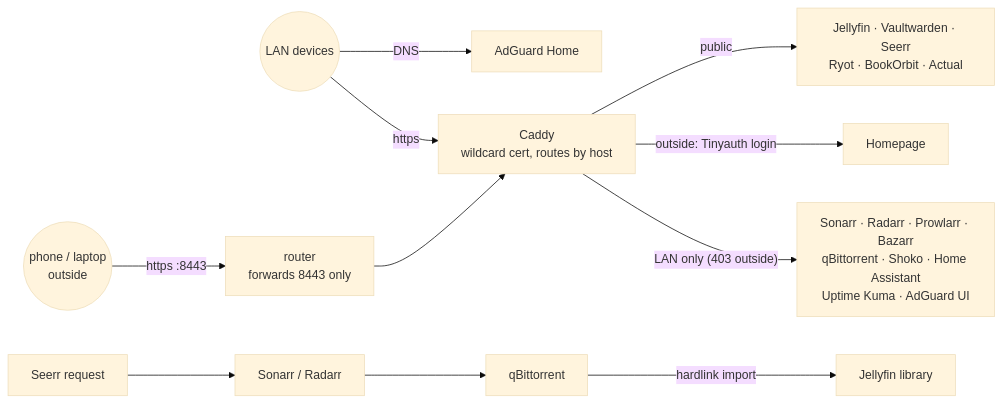
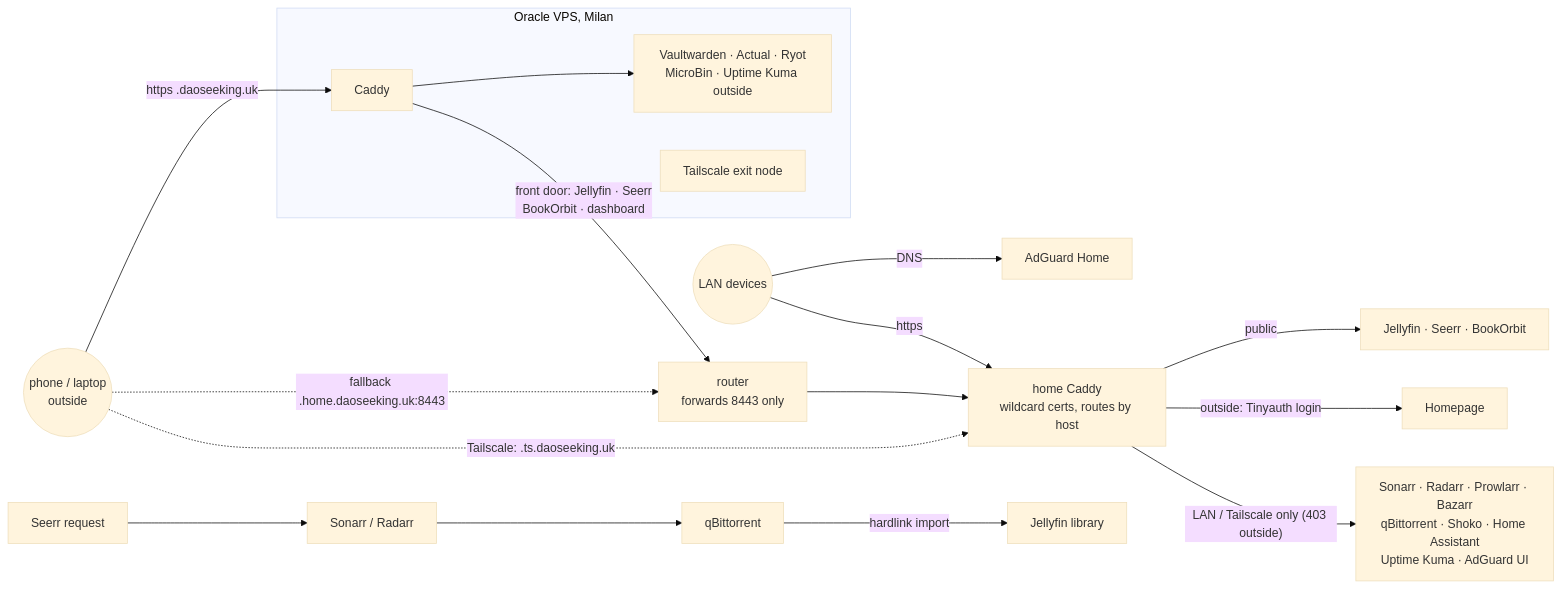
The diagram in README.md (sergey-borovkov/homelab), drawn with Mermaid (base theme) before and after one commit. The commit also changed other lines of this file and 3 other files, not shown here.

Commit message:
VPS Kuma, Homepage/widget/README on daoseeking.uk; home Kuma drops moved apps

````diff
--- a/README.md
+++ b/README.md
@@ -14,13 +15,21 @@
 ```mermaid
 flowchart LR
-  phone((phone / laptop<br/>outside)) -- "https :8443" --> router[router<br/>forwards 8443 only]
+  phone((phone / laptop<br/>outside)) -- "https <app>.daoseeking.uk" --> vcaddy
+  phone -. "fallback <app>.home.daoseeking.uk:8443" .-> router[router<br/>forwards 8443 only]
+  phone -. "Tailscale: <app>.ts.daoseeking.uk" .-> caddy
+
+  subgraph VPS [Oracle VPS, Milan]
+    vcaddy[Caddy] --> vapps[Vaultwarden · Actual · Ryot<br/>MicroBin · Uptime Kuma outside]
+    ts[Tailscale exit node]
+  end
+  vcaddy -- "front door: Jellyfin · Seerr<br/>BookOrbit · dashboard" --> router
+
   lan((LAN devices)) -- DNS --> adguard[AdGuard Home]
   lan -- https --> caddy
-  router --> caddy[Caddy<br/>wildcard cert, routes by host]
-
-  caddy -- public --> pub[Jellyfin · Vaultwarden · Seerr<br/>Ryot · BookOrbit · Actual]
+  router --> caddy[home Caddy<br/>wildcard certs, routes by host]
+  caddy -- public --> pub[Jellyfin · Seerr · BookOrbit]
   caddy -- "outside: Tinyauth login" --> dash[Homepage]
-  caddy -- "LAN only (403 outside)" --> admin[Sonarr · Radarr · Prowlarr · Bazarr<br/>qBittorrent · Shoko · Home Assistant<br/>Uptime Kuma · AdGuard UI]
+  caddy -- "LAN / Tailscale only (403 outside)" --> admin[Sonarr · Radarr · Prowlarr · Bazarr<br/>qBittorrent · Shoko · Home Assistant<br/>Uptime Kuma · AdGuard UI]
 
   seerr[Seerr request] --> arr[Sonarr / Radarr] --> qbit[qBittorrent] -- hardlink import --> jf[Jellyfin library]
 ```
````
